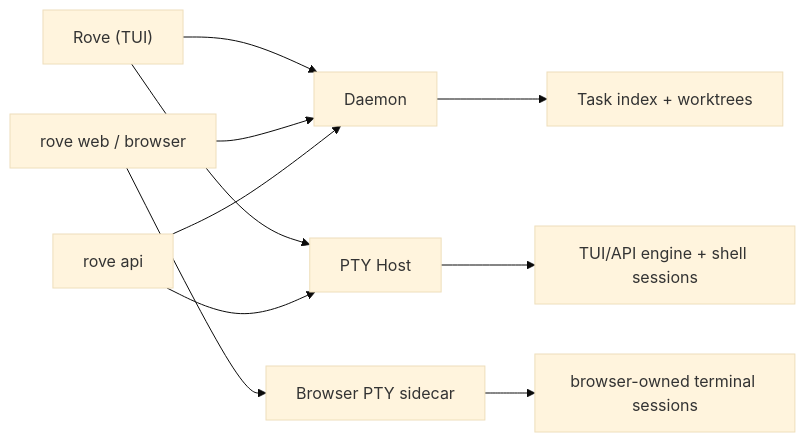
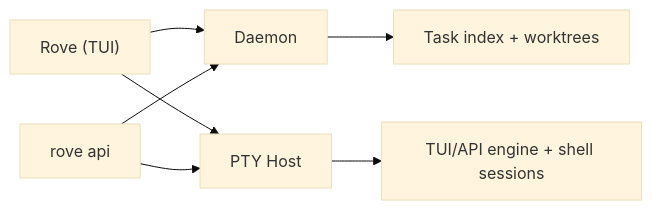
The diagram in docs/CONCEPTS.md (Sma1lboy/rove), drawn with Mermaid (base theme) before and after one commit. The commit also changed other lines of this file and 206 other files, not shown here.

````diff
--- a/docs/CONCEPTS.md
+++ b/docs/CONCEPTS.md
@@ -127,12 +127,9 @@
 ```mermaid
 flowchart LR
   TUI["Rove (TUI)"] --> D["Daemon"]
-  WEB["rove web / browser"] --> D
   API["rove api"] --> D
   TUI --> P["PTY Host"]
   API --> P
-  WEB --> BP["Browser PTY sidecar"]
   D --> IDX["Task index + worktrees"]
   P --> E["TUI/API engine + shell sessions"]
-  BP --> BE["browser-owned terminal sessions"]
 ```
````
